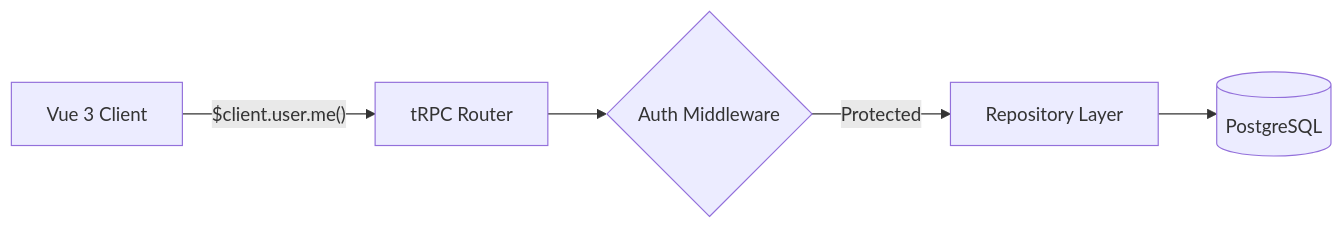
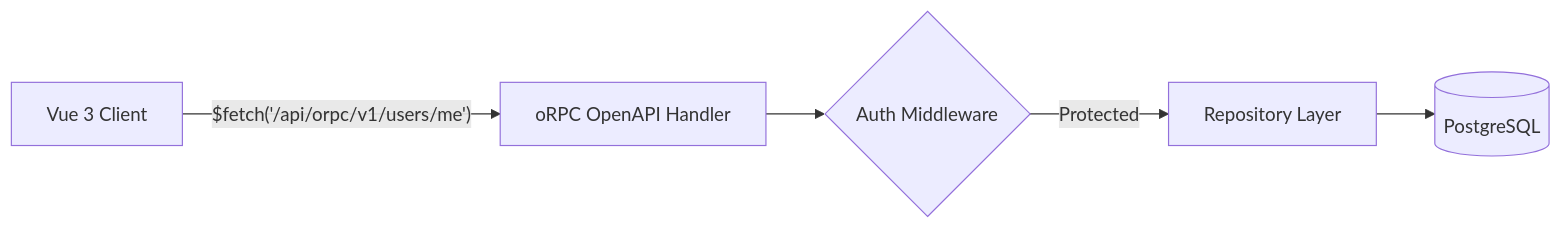
One commit to jbejenar/ripple-next changed the diagram in docs/api-contracts.md. Above: the diagram before and after it, drawn with Mermaid. The commit also changed other lines of this file and 23 other files, not shown here.

First line of the commit message:
feat(api): migrate from tRPC to oRPC with OpenAPI 3.1.1 contracts (RN-046)

````diff
--- a/docs/api-contracts.md
+++ b/docs/api-contracts.md
@@ -7,7 +8,7 @@
 ```mermaid
 graph LR
-    Client[Vue 3 Client] -->|"$client.user.me()"| tRPC[tRPC Router]
-    tRPC --> Auth{Auth Middleware}
+    Client[Vue 3 Client] -->|"$fetch('/api/orpc/v1/users/me')"| oRPC[oRPC OpenAPI Handler]
+    oRPC --> Auth{Auth Middleware}
     Auth -->|Protected| Repo[Repository Layer]
     Repo --> DB[(PostgreSQL)]
 ```
````
